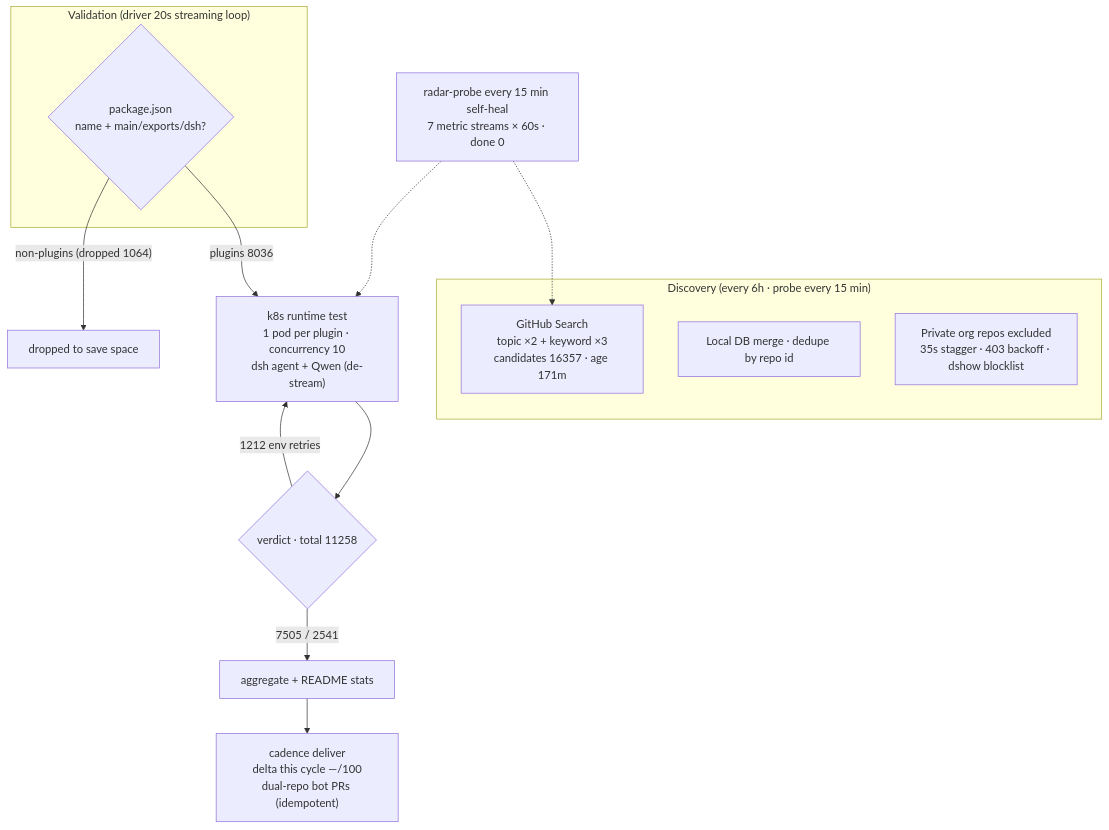
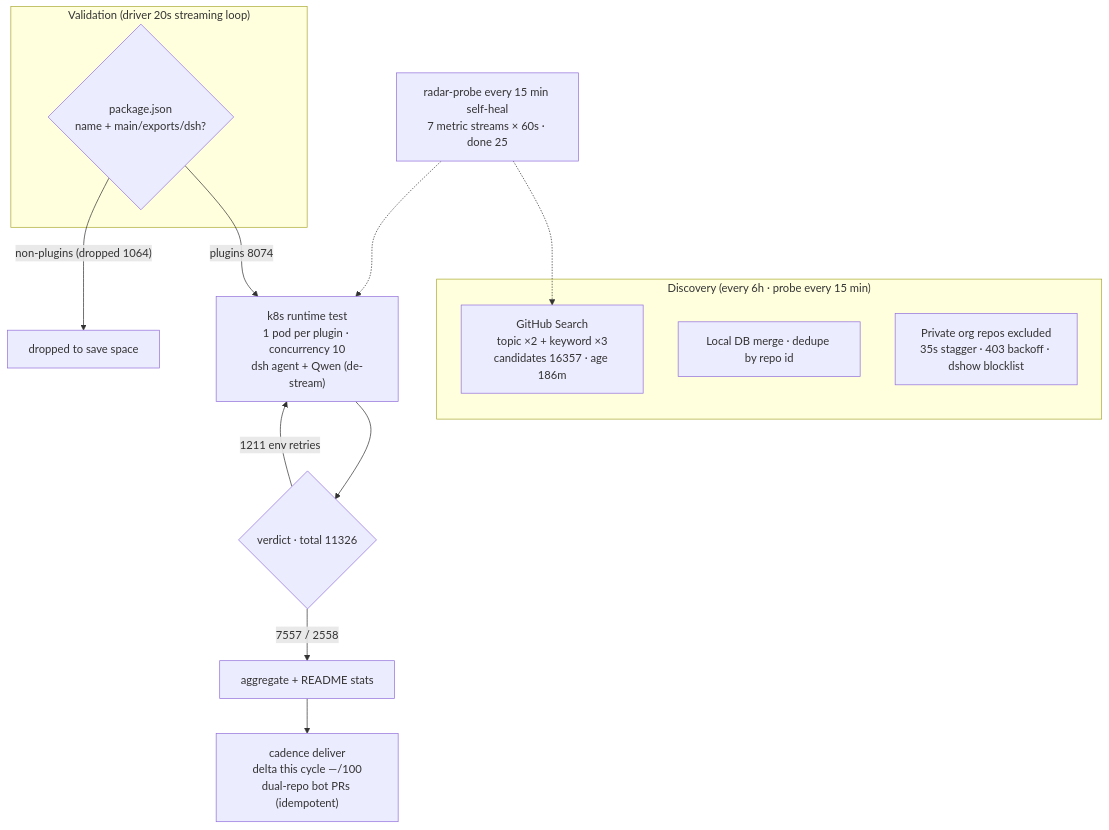
Before and after one commit to AdamPlatin123/awesome-dsh-plugins: the diagram in README.en-US.md, drawn with Mermaid. The commit also changed other lines of this file and 5 other files, not shown here.

````diff
--- a/README.en-US.md
+++ b/README.en-US.md
@@ -45,20 +45,20 @@
 ```mermaid
 flowchart TB
     subgraph Discovery["Discovery (every 6h · probe every 15 min)"]
-        A1["GitHub Search<br/>topic ×2 + keyword ×3<br/>candidates 16357 · age 171m"]
+        A1["GitHub Search<br/>topic ×2 + keyword ×3<br/>candidates 16357 · age 186m"]
         A2["Local DB merge · dedupe by repo id"]
         A3["Private org repos excluded<br/>35s stagger · 403 backoff · dshow blocklist"]
     end
     subgraph Validation["Validation (driver 20s streaming loop)"]
         B1{"package.json<br/>name + main/exports/dsh?"}
     end
-    B1 -->|"plugins 8036"| C1["k8s runtime test<br/>1 pod per plugin · concurrency 10<br/>dsh agent + Qwen (de-stream)"]
+    B1 -->|"plugins 8074"| C1["k8s runtime test<br/>1 pod per plugin · concurrency 10<br/>dsh agent + Qwen (de-stream)"]
     B1 -->|"non-plugins (dropped 1064)"| B3["dropped to save space"]
-    C1 --> D1{"verdict · total 11258"}
-    D1 -->|"7505 / 2541"| E1["aggregate + README stats"]
-    D1 -->|"1212 env retries"| C1
+    C1 --> D1{"verdict · total 11326"}
+    D1 -->|"7557 / 2558"| E1["aggregate + README stats"]
+    D1 -->|"1211 env retries"| C1
     E1 --> E2["cadence deliver<br/>delta this cycle —/100<br/>dual-repo bot PRs (idempotent)"]
-    M["radar-probe every 15 min self-heal<br/>7 metric streams × 60s · done 0"]
+    M["radar-probe every 15 min self-heal<br/>7 metric streams × 60s · done 25"]
     M -.-> A1
     M -.-> C1
 ```
````
